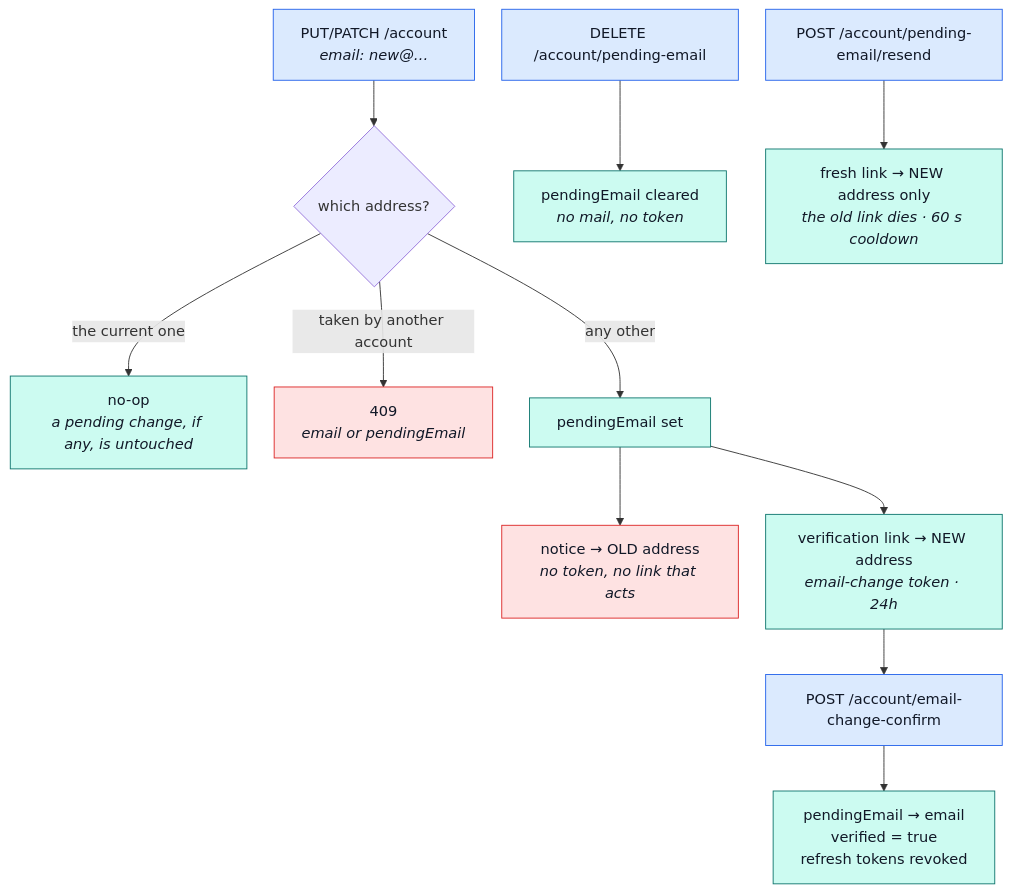
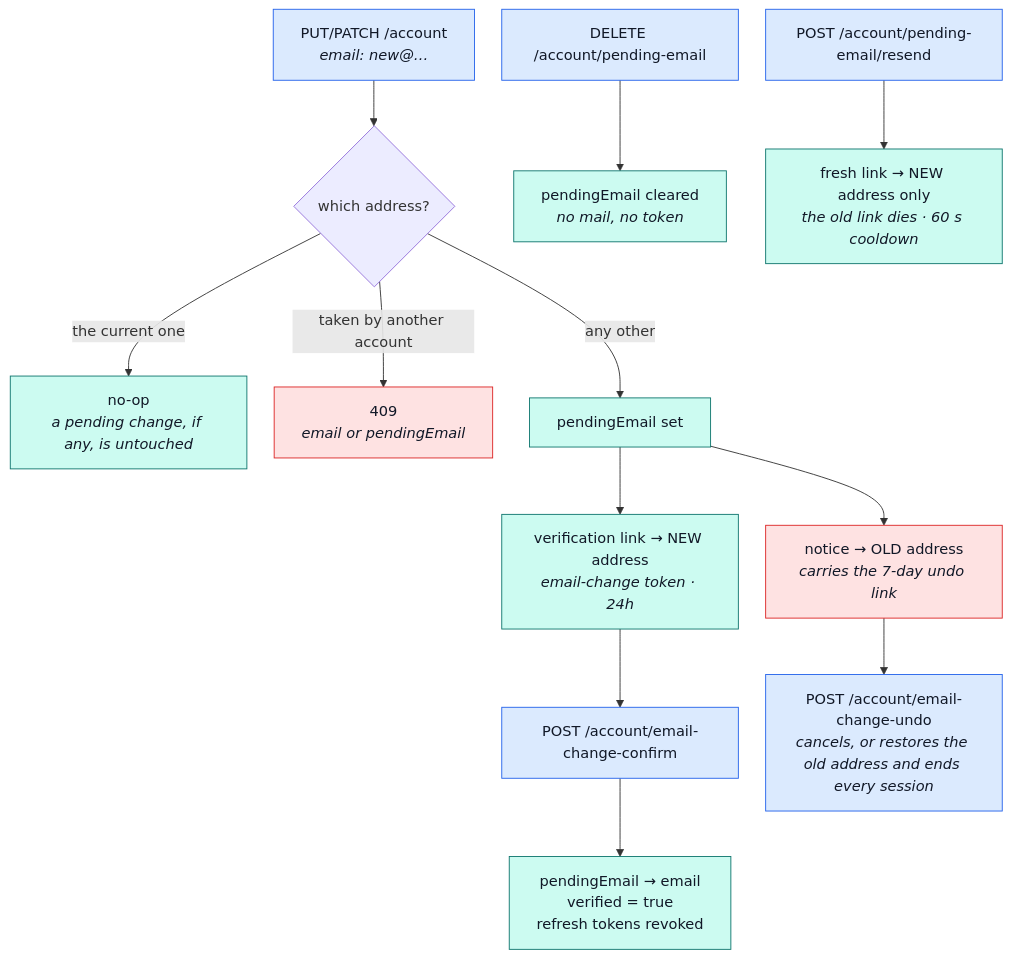
The third of 4 diagrams in docs/modules/account.md (Guebbit/boilerplate-node-backend), drawn with Mermaid before and after one commit. The commit also changed other lines of this file and 41 other files, not shown here.

First line of the commit message:
feat(account)!: 2FA accounts prove a code on identity routes, and email changes can be undone

````diff
--- a/docs/modules/account.md
+++ b/docs/modules/account.md
@@ -114,21 +121,22 @@
 ```mermaid
 %%{init: {'flowchart': {'nodeSpacing': 30, 'rankSpacing': 50}}}%%
 flowchart TB
     P["PUT/PATCH /account<br/><i>email: new@…</i>"] --> C{"which address?"}
     C -->|"the current one"| O["no-op<br/><i>a pending change, if any, is untouched</i>"]
     C -->|"taken by another account"| R["409<br/><i>email or pendingEmail</i>"]
     C -->|"any other"| W["pendingEmail set"]
-    W --> N["notice → OLD address<br/><i>no token, no link that acts</i>"]
+    W --> N["notice → OLD address<br/><i>carries the 7-day undo link</i>"]
     W --> V["verification link → NEW address<br/><i>email-change token · 24h</i>"]
     V --> F["POST /account/email-change-confirm"]
     F --> S["pendingEmail → email<br/>verified = true<br/>refresh tokens revoked"]
+    N --> U["POST /account/email-change-undo<br/><i>cancels, or restores the old address and ends every session</i>"]
     D["DELETE /account/pending-email"] --> X["pendingEmail cleared<br/><i>no mail, no token</i>"]
     Q["POST /account/pending-email/resend"] --> V2["fresh link → NEW address only<br/><i>the old link dies · 60 s cooldown</i>"]
 
     classDef entry fill:#dbeafe,stroke:#2563eb,color:#111827;
     classDef warn fill:#fee2e2,stroke:#dc2626,color:#111827;
     classDef done fill:#ccfbf1,stroke:#0f766e,color:#111827;
-    class P,F,D,Q entry;
+    class P,F,D,Q,U entry;
     class R,N warn;
     class O,W,V,V2,S,X done;
 ```
````
